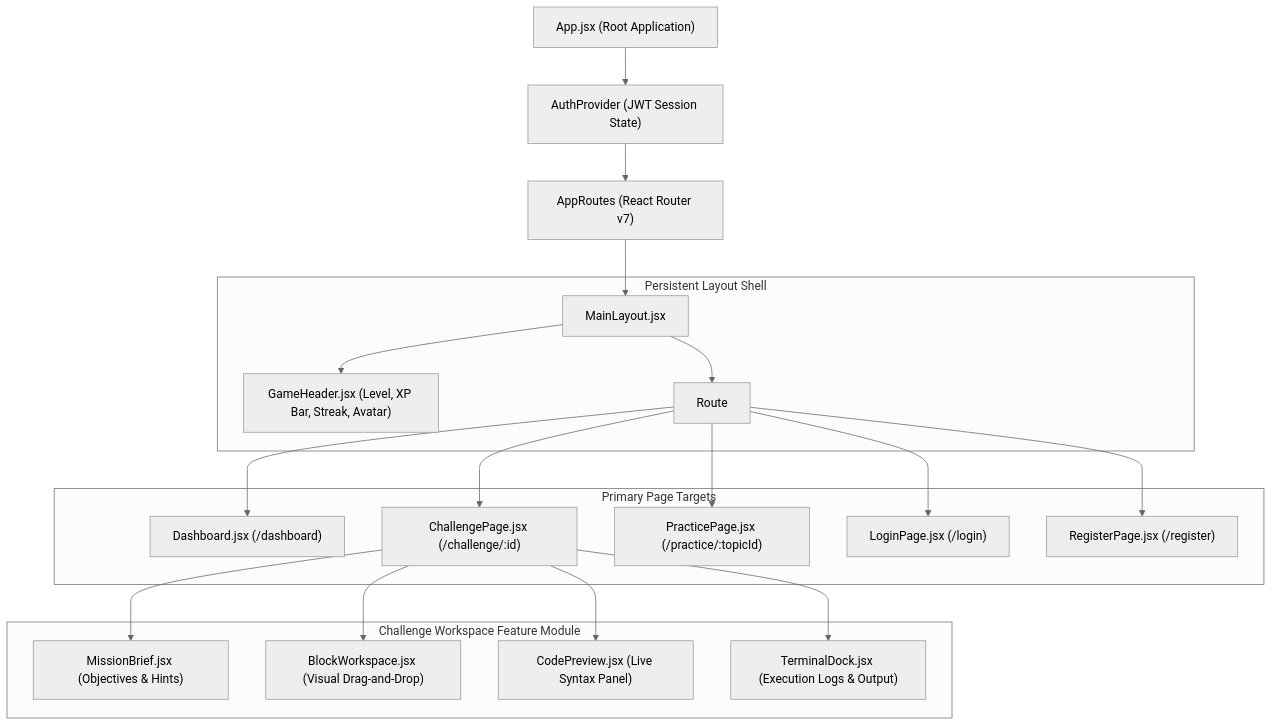
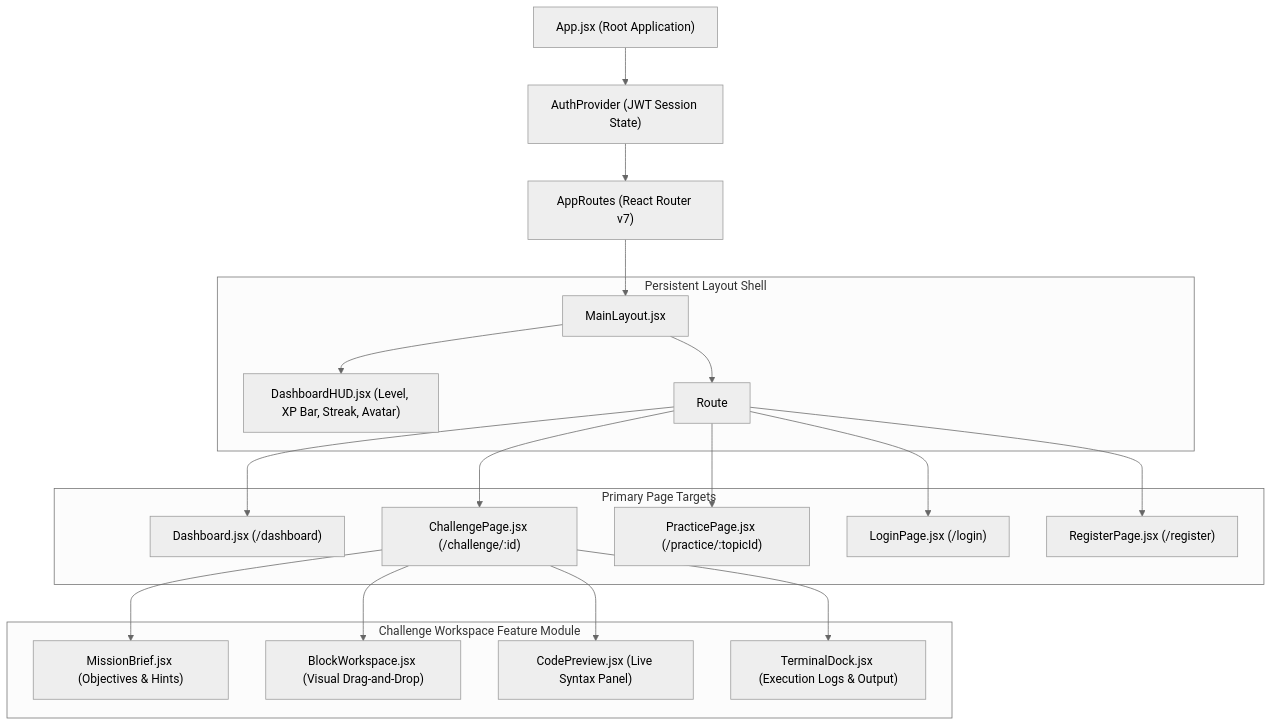
Before and after one commit to tanushreesrivastavs125-code/CodeVerse: the third of 11 diagrams in docs/HLD.md, drawn with Mermaid (neutral theme). The commit also changed other lines of this file, not shown here.

Commit message:
docs: add high level design

````diff
--- a/docs/HLD.md
+++ b/docs/HLD.md
@@ -437,43 +494,43 @@
 ```mermaid
 flowchart TD
     App["App.jsx (Root Application)"]
     AuthProvider["AuthProvider (JWT Session State)"]
     Router["AppRoutes (React Router v7)"]
 
     subgraph Layout["Persistent Layout Shell"]
         MainLayout["MainLayout.jsx"]
-        HUD["GameHeader.jsx (Level, XP Bar, Streak, Avatar)"]
+        HUD["DashboardHUD.jsx (Level, XP Bar, Streak, Avatar)"]
         Outlet["Route <Outlet />"]
     end
 
     subgraph Pages["Primary Page Targets"]
         Dashboard["Dashboard.jsx (/dashboard)"]
         Challenge["ChallengePage.jsx (/challenge/:id)"]
         Practice["PracticePage.jsx (/practice/:topicId)"]
         Login["LoginPage.jsx (/login)"]
         Register["RegisterPage.jsx (/register)"]
     end
 
     subgraph WorkspaceFeature["Challenge Workspace Feature Module"]
         Brief["MissionBrief.jsx (Objectives & Hints)"]
         BlocklyCanvas["BlockWorkspace.jsx (Visual Drag-and-Drop)"]
         CodeView["CodePreview.jsx (Live Syntax Panel)"]
         Terminal["TerminalDock.jsx (Execution Logs & Output)"]
     end
 
     App --> AuthProvider --> Router
     Router --> MainLayout
     MainLayout --> HUD
     MainLayout --> Outlet
 
     Outlet --> Dashboard
     Outlet --> Challenge
     Outlet --> Practice
     Outlet --> Login
     Outlet --> Register
 
     Challenge --> Brief
     Challenge --> BlocklyCanvas
     Challenge --> CodeView
     Challenge --> Terminal
 ```
````
